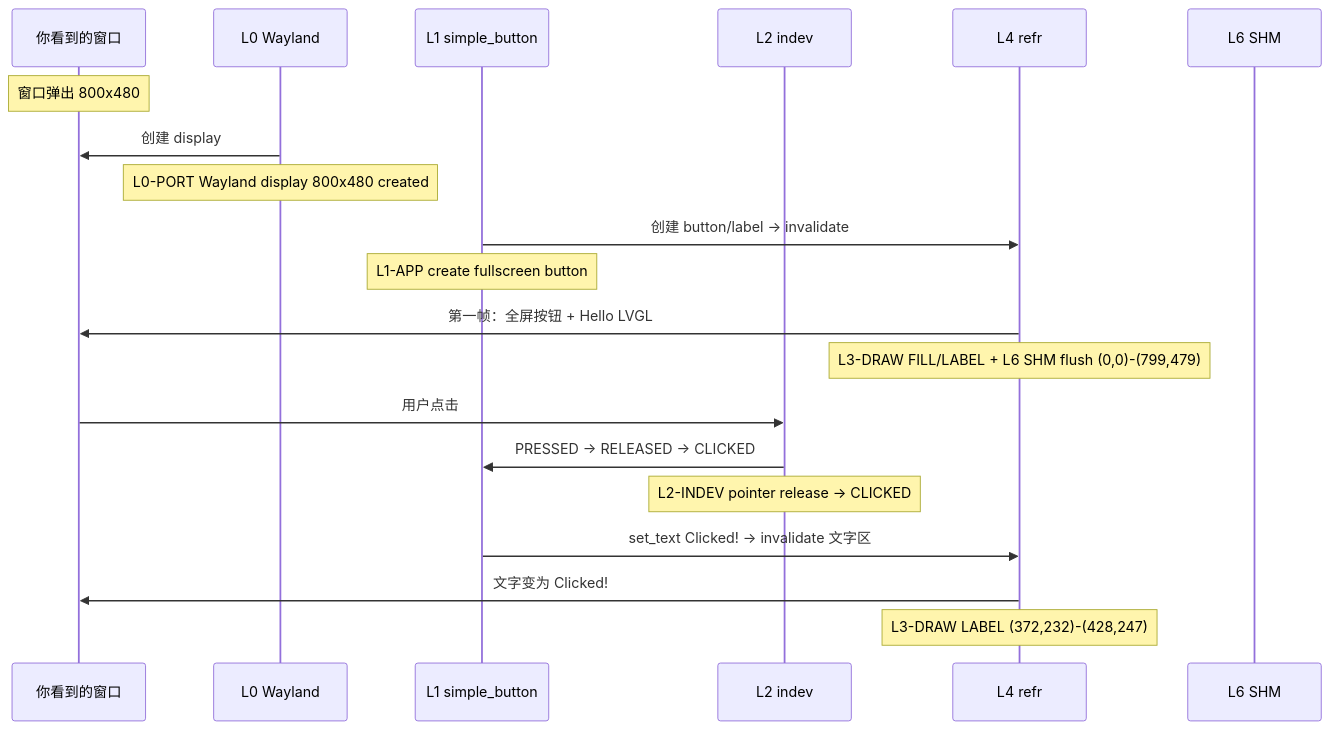
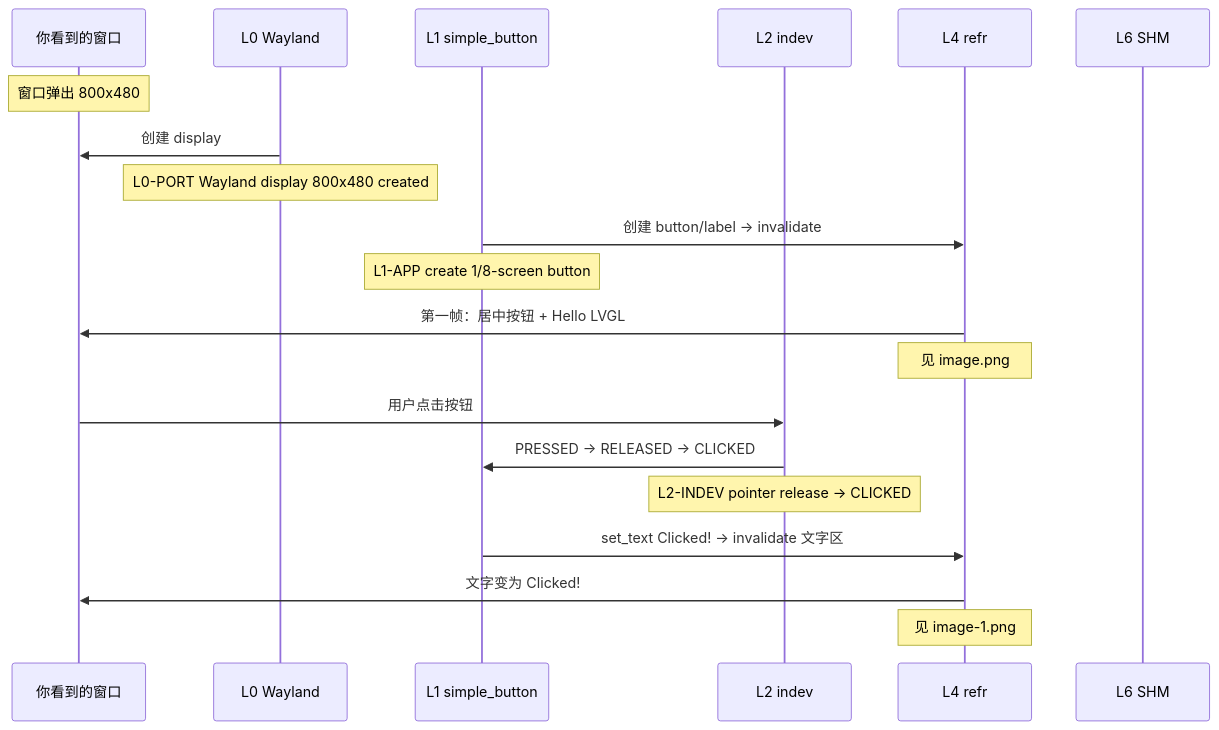
Before and after one commit to ganzhong007/lv_port_linux: the first of 3 diagrams in docs/simple_button_guide.md, drawn with Mermaid. The commit also changed other lines of this file, not shown here.

First line of the commit message:
docs: reorganize screenshot placement in simple button guide

````diff
--- a/docs/simple_button_guide.md
+++ b/docs/simple_button_guide.md
@@ -151,27 +142,27 @@
 ```mermaid
 sequenceDiagram
     participant UI as 你看到的窗口
     participant L0 as L0 Wayland
     participant L1 as L1 simple_button
     participant L2 as L2 indev
     participant L4 as L4 refr
     participant L6 as L6 SHM
 
     Note over UI: 窗口弹出 800x480
     L0->>UI: 创建 display
     Note over L0: L0-PORT Wayland display 800x480 created
 
     L1->>L4: 创建 button/label → invalidate
-    Note over L1: L1-APP create fullscreen button
+    Note over L1: L1-APP create 1/8-screen button
 
-    L4->>UI: 第一帧：全屏按钮 + Hello LVGL
-    Note over L4: L3-DRAW FILL/LABEL + L6 SHM flush (0,0)-(799,479)
+    L4->>UI: 第一帧：居中按钮 + Hello LVGL
+    Note over L4: 见 image.png
 
-    UI->>L2: 用户点击
+    UI->>L2: 用户点击按钮
     L2->>L1: PRESSED → RELEASED → CLICKED
     Note over L2: L2-INDEV pointer release -> CLICKED
 
     L1->>L4: set_text Clicked! → invalidate 文字区
     L4->>UI: 文字变为 Clicked!
-    Note over L4: L3-DRAW LABEL (372,232)-(428,247)
+    Note over L4: 见 image-1.png
 ```
````
